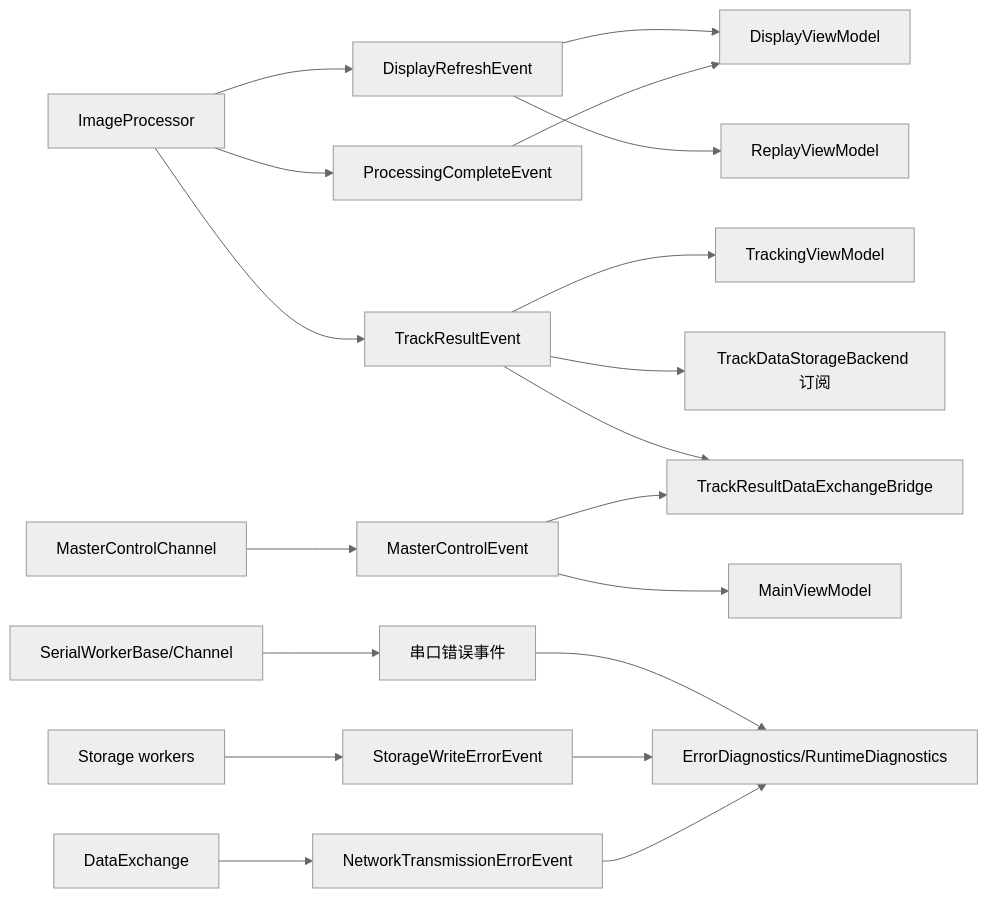
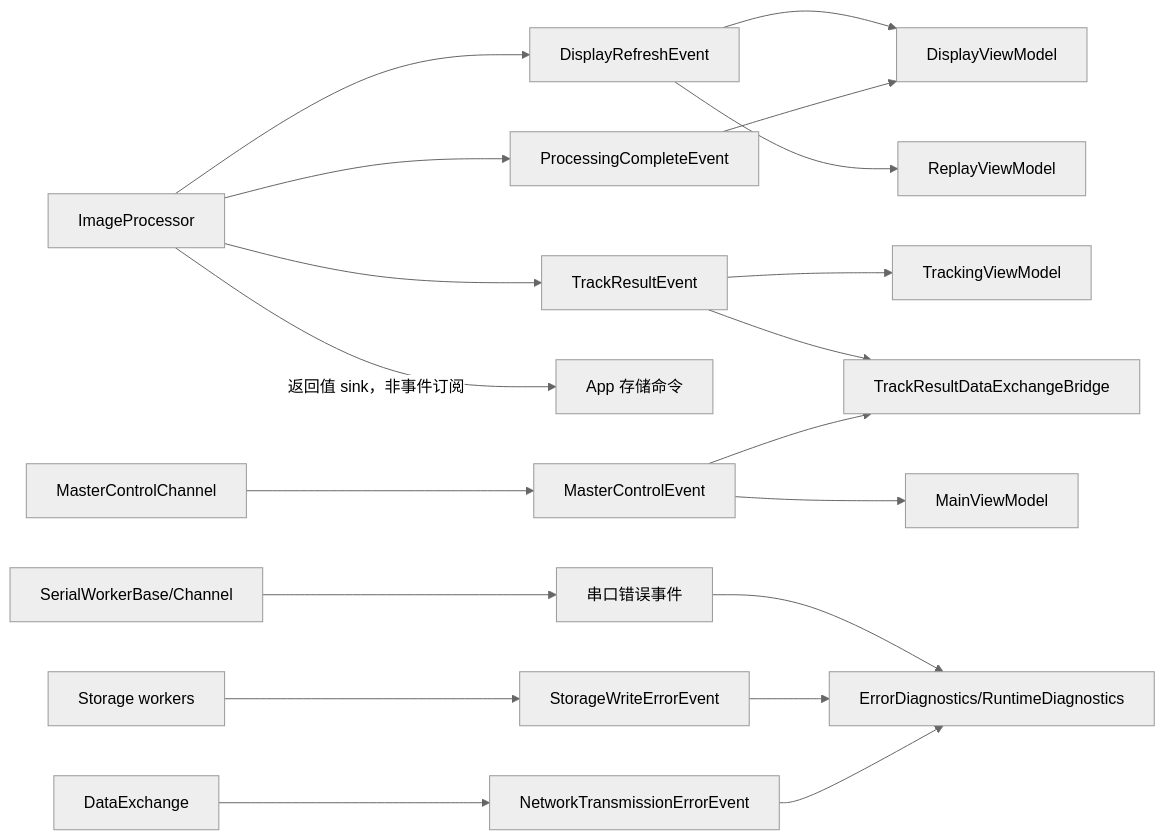
Before and after one commit to with-fair-wind/1mZGG: the fourth of 5 diagrams in docs/module-core.md, drawn with Mermaid (neutral theme). The commit also changed other lines of this file and 27 other files, not shown here.

````diff
--- a/docs/module-core.md
+++ b/docs/module-core.md
@@ -257,21 +257,21 @@
 ```mermaid
 flowchart LR
     IP["ImageProcessor"] --> DR["DisplayRefreshEvent"]
     IP --> PC["ProcessingCompleteEvent"]
     IP --> TR["TrackResultEvent"]
     DR --> DVM["DisplayViewModel"]
     DR --> RVM["ReplayViewModel"]
     PC --> DVM
     TR --> TVM["TrackingViewModel"]
-    TR --> TS["TrackDataStorageBackend 订阅"]
+    IP -->|"返回值 sink，非事件订阅"| TS["App 存储命令"]
     TR --> DX["TrackResultDataExchangeBridge"]
     MC["MasterControlChannel"] --> MCE["MasterControlEvent"]
     MCE --> MVM["MainViewModel"]
     MCE --> DX
     COMM["SerialWorkerBase/Channel"] --> SE["串口错误事件"]
     STORE["Storage workers"] --> SWE["StorageWriteErrorEvent"]
     DATA["DataExchange"] --> NTE["NetworkTransmissionErrorEvent"]
     SE --> DIAG["ErrorDiagnostics/RuntimeDiagnostics"]
     SWE --> DIAG
     NTE --> DIAG
 ```
````
